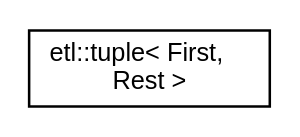
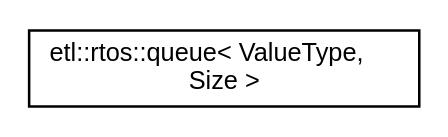
Before and after one commit to tobanteAudio/taetl: the diagram in inherit_graph_66.dot, drawn with Graphviz. The commit also changed 172 other files, not shown here.

```diff
--- a/inherit_graph_66.dot
+++ b/inherit_graph_66.dot
@@ -1,7 +1,7 @@
 digraph "Graphical Class Hierarchy"
 {
   edge [fontname="Helvetica",fontsize="10",labelfontname="Helvetica",labelfontsize="10"];
   node [fontname="Helvetica",fontsize="10",shape=record];
   rankdir="LR";
-  Node0 [label="etl::tuple\< First,\l Rest \>",height=0.2,width=0.4,color="black", fillcolor="white", style="filled",URL="$structetl_1_1tuple.html"];
+  Node0 [label="etl::rtos::queue\< ValueType,\l Size \>",height=0.2,width=0.4,color="black", fillcolor="white", style="filled",URL="$classetl_1_1rtos_1_1queue.html"];
 }
```
